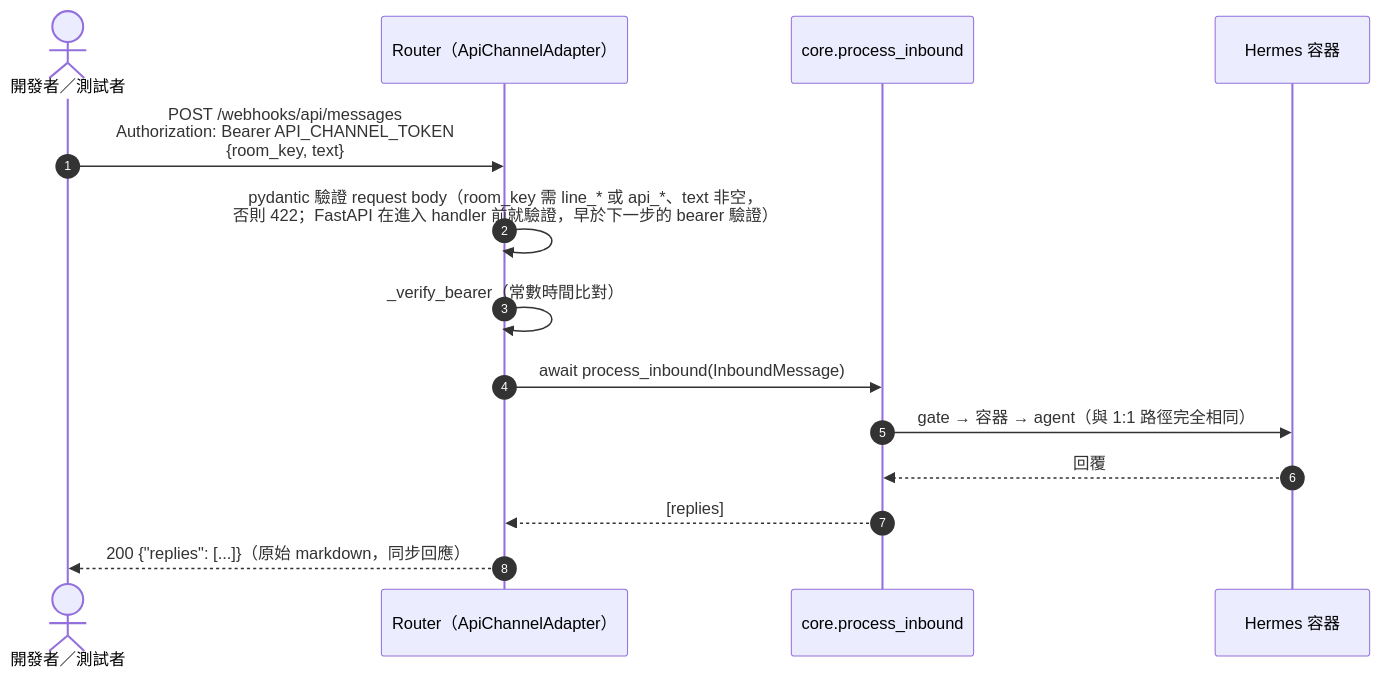
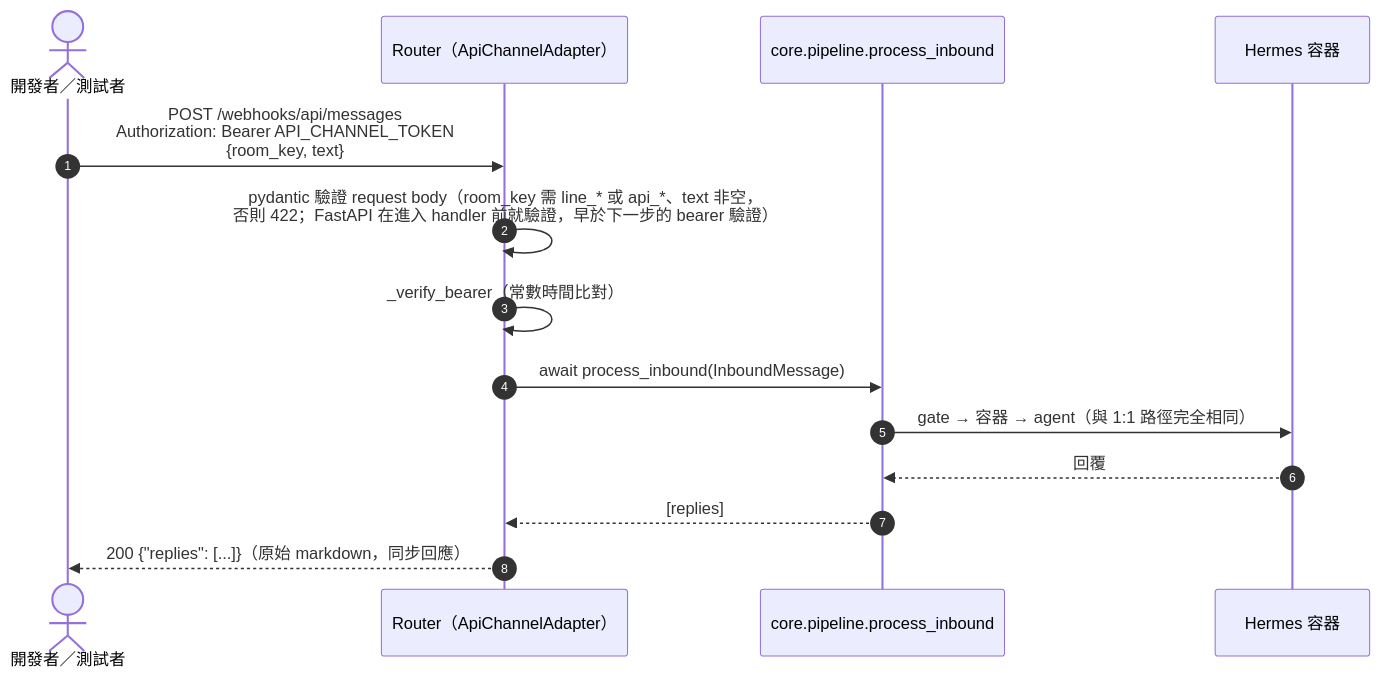
One commit to marychouchou/alice-office changed the ninth of 10 diagrams in docs/sequence-diagrams.md. Above: the diagram before and after it, drawn with Mermaid. The commit also changed other lines of this file and 44 other files, not shown here.

````diff
--- a/docs/sequence-diagrams.md
+++ b/docs/sequence-diagrams.md
@@ -347,17 +347,17 @@
 ```mermaid
 sequenceDiagram
     autonumber
     actor Dev as 開發者／測試者
     participant R as Router（ApiChannelAdapter）
-    participant C as core.process_inbound
+    participant C as core.pipeline.process_inbound
     participant H as Hermes 容器
 
     Dev->>R: POST /webhooks/api/messages<br/>Authorization: Bearer API_CHANNEL_TOKEN<br/>{room_key, text}
     R->>R: pydantic 驗證 request body（room_key 需 line_* 或 api_*、text 非空，<br/>否則 422；FastAPI 在進入 handler 前就驗證，早於下一步的 bearer 驗證）
     R->>R: _verify_bearer（常數時間比對）
     R->>C: await process_inbound(InboundMessage)
     C->>H: gate → 容器 → agent（與 1:1 路徑完全相同）
     H-->>C: 回覆
     C-->>R: [replies]
     R-->>Dev: 200 {"replies": [...]}（原始 markdown，同步回應）
 ```
````
